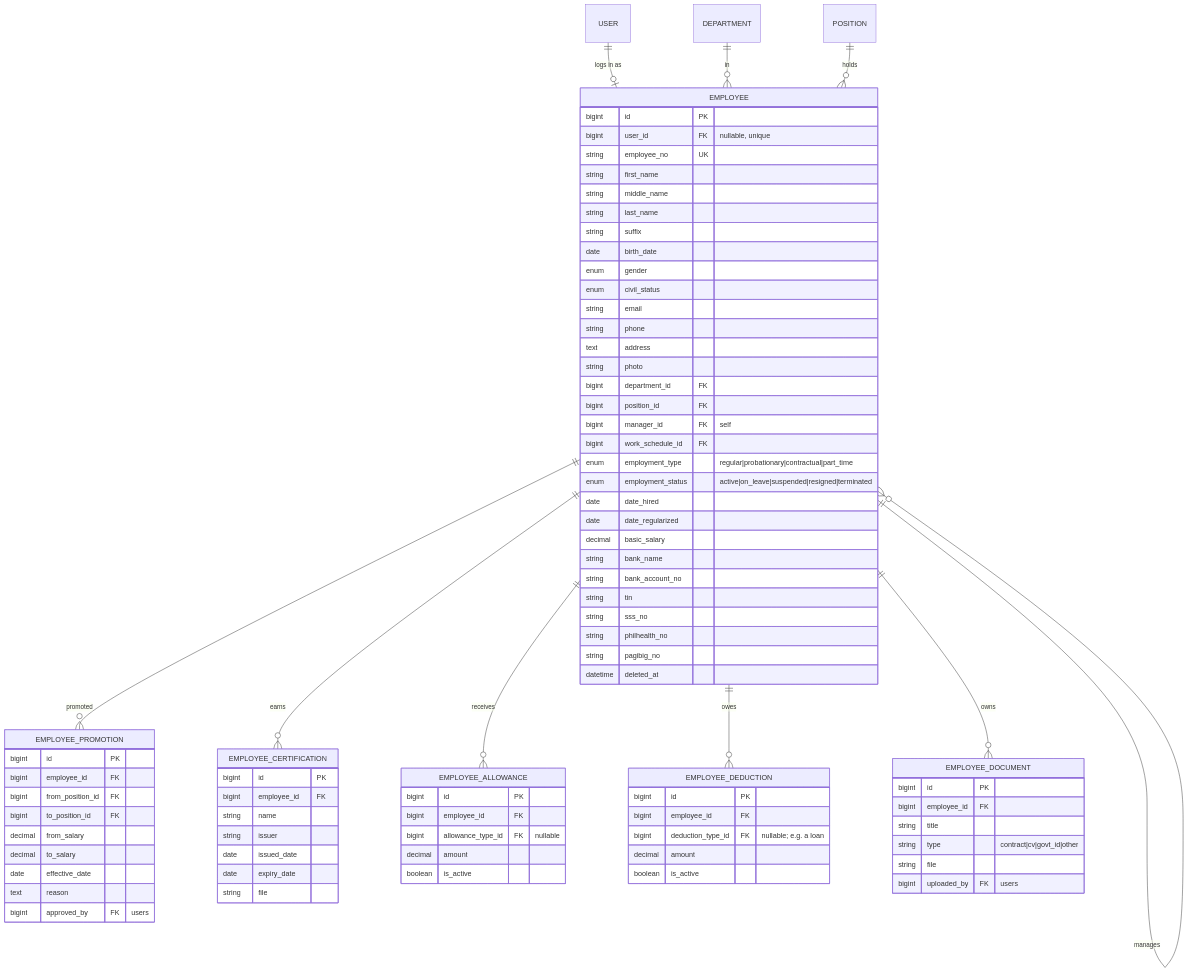
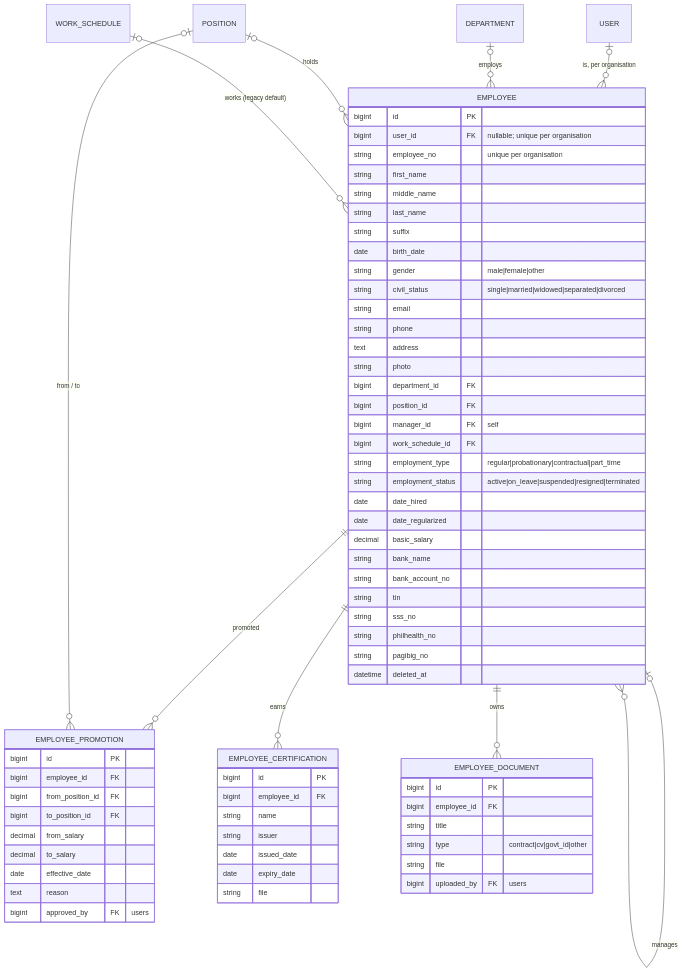
Before and after one commit to earlkian8/synapse: the fourth of 12 diagrams in docs/database/erd.md, drawn with Mermaid. The commit also changed other lines of this file and 17 other files, not shown here.

````diff
--- a/docs/database/erd.md
+++ b/docs/database/erd.md
@@ -275,26 +497,26 @@
 ```mermaid
 erDiagram
-    USER ||--o| EMPLOYEE : "logs in as"
-    DEPARTMENT ||--o{ EMPLOYEE : in
-    POSITION ||--o{ EMPLOYEE : holds
-    EMPLOYEE ||--o{ EMPLOYEE : manages
+    USER |o--o{ EMPLOYEE : "is, per organisation"
+    DEPARTMENT |o--o{ EMPLOYEE : employs
+    POSITION |o--o{ EMPLOYEE : holds
+    WORK_SCHEDULE |o--o{ EMPLOYEE : "works (legacy default)"
+    EMPLOYEE |o--o{ EMPLOYEE : manages
     EMPLOYEE ||--o{ EMPLOYEE_PROMOTION : promoted
+    POSITION |o--o{ EMPLOYEE_PROMOTION : "from / to"
     EMPLOYEE ||--o{ EMPLOYEE_CERTIFICATION : earns
-    EMPLOYEE ||--o{ EMPLOYEE_ALLOWANCE : receives
-    EMPLOYEE ||--o{ EMPLOYEE_DEDUCTION : owes
     EMPLOYEE ||--o{ EMPLOYEE_DOCUMENT : owns
 
     EMPLOYEE {
         bigint id PK
-        bigint user_id FK "nullable, unique"
-        string employee_no UK
+        bigint user_id FK "nullable; unique per organisation"
+        string employee_no "unique per organisation"
         string first_name
         string middle_name
         string last_name
         string suffix
         date birth_date
-        enum gender
-        enum civil_status
+        string gender "male|female|other"
+        string civil_status "single|married|widowed|separated|divorced"
         string email
         string phone
         text address
@@ -303,8 +525,8 @@
         bigint position_id FK
         bigint manager_id FK "self"
         bigint work_schedule_id FK
-        enum employment_type "regular|probationary|contractual|part_time"
-        enum employment_status "active|on_leave|suspended|resigned|terminated"
+        string employment_type "regular|probationary|contractual|part_time"
+        string employment_status "active|on_leave|suspended|resigned|terminated"
         date date_hired
         date date_regularized
         decimal basic_salary
@@ -336,20 +558,6 @@
         date expiry_date
         string file
     }
-    EMPLOYEE_ALLOWANCE {
-        bigint id PK
-        bigint employee_id FK
-        bigint allowance_type_id FK "nullable"
-        decimal amount
-        boolean is_active
-    }
-    EMPLOYEE_DEDUCTION {
-        bigint id PK
-        bigint employee_id FK
-        bigint deduction_type_id FK "nullable; e.g. a loan"
-        decimal amount
-        boolean is_active
-    }
     EMPLOYEE_DOCUMENT {
         bigint id PK
         bigint employee_id FK
````
